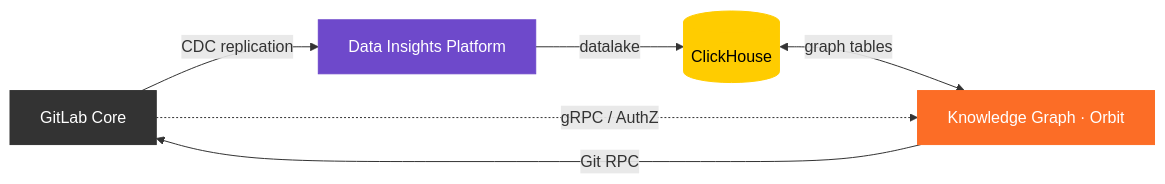
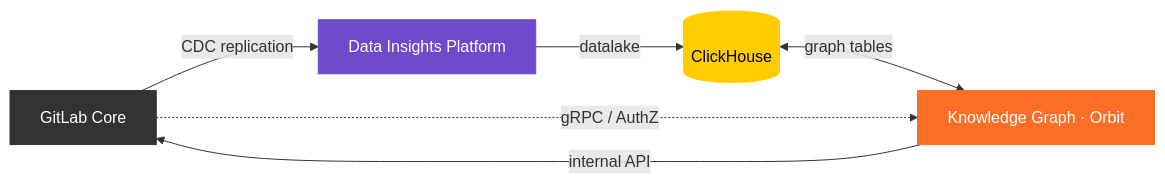
Before and after one commit to gitlabhq/orbit-knowledge-graph: the diagram in README.md, drawn with Mermaid. The commit also changed other lines of this file and 12 other files, not shown here.

````diff
--- a/README.md
+++ b/README.md
@@ -21,13 +21,13 @@
 ```mermaid
 flowchart LR
     GitLab[GitLab Core] -- CDC replication --> DIP[Data Insights Platform]
-    GKG -- Git RPC --> GitLab
+    GKG -- internal API --> GitLab
     DIP -- datalake --> CH[(ClickHouse)]
     CH <-- graph tables --> GKG[Knowledge Graph · Orbit]
     GitLab -. gRPC / AuthZ .-> GKG
 
     style GitLab fill:#333,color:#fff,stroke:#333
     style DIP fill:#6E49CB,color:#fff,stroke:#6E49CB
     style CH fill:#FFCC00,color:#000,stroke:#FFCC00
     style GKG fill:#FC6D26,color:#fff,stroke:#FC6D26
 ```
````
